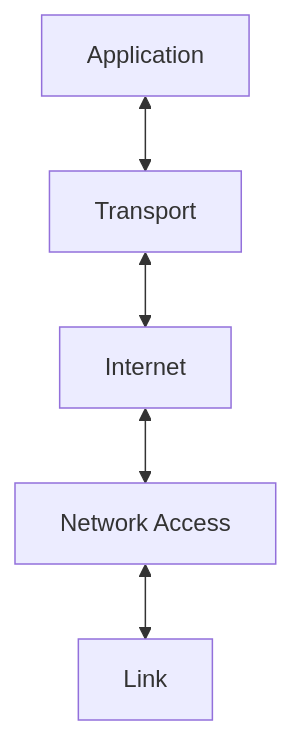
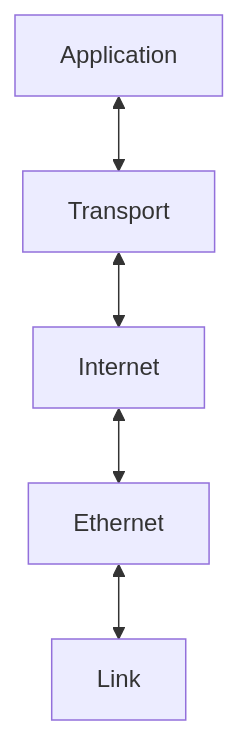
The diagram in README.md (SeungminShin97/TCP-IP), drawn with Mermaid before and after one commit. The commit also changed other lines of this file, not shown here.

Commit message:
chore: rename Network Access to Ethernet

````diff
--- a/README.md
+++ b/README.md
@@ -41,8 +41,8 @@
 ```mermaid
 graph TD
     A[Application]
     A <--> B[Transport]
     B <--> C[Internet]
-    C <--> D[Network Access]
+    C <--> D[Ethernet]
     D <--> E[Link]
 ```
````
